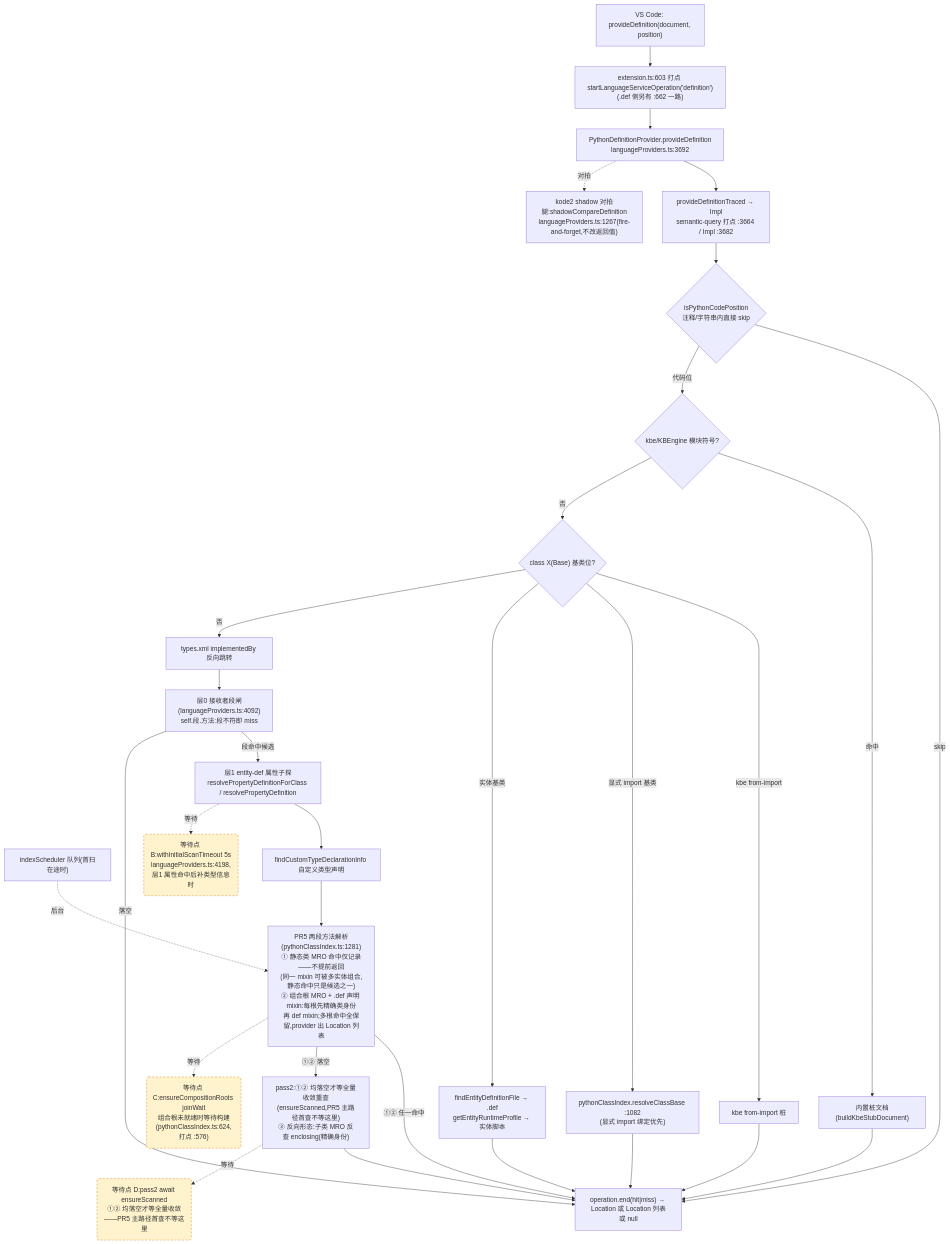
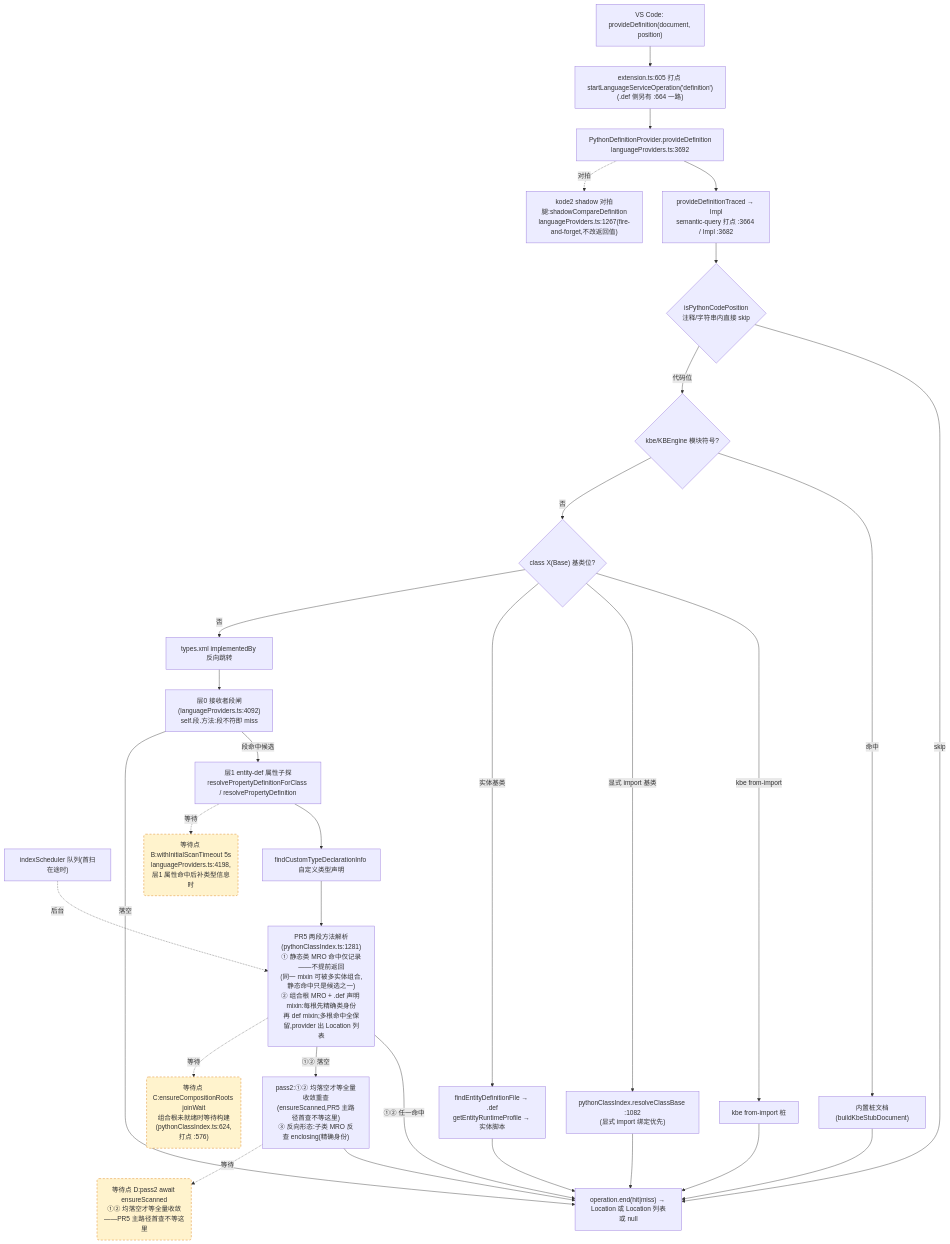
One commit to cuihairu/kode changed the second of 4 diagrams in docs/perf/2026-baseline.md. Above: the diagram before and after it, drawn with Mermaid. The commit also changed other lines of this file and 6 other files, not shown here.

````diff
--- a/docs/perf/2026-baseline.md
+++ b/docs/perf/2026-baseline.md
@@ -130,51 +130,51 @@
 ```mermaid
 flowchart TD
   VC2["VS Code: provideDefinition(document, position)"]
-  M2["extension.ts:603 打点 startLanguageServiceOperation('definition')<br/>(.def 侧另有 :662 一路)"]
+  M2["extension.ts:605 打点 startLanguageServiceOperation('definition')<br/>(.def 侧另有 :664 一路)"]
   AD2["PythonDefinitionProvider.provideDefinition<br/>languageProviders.ts:3692"]
   TR["provideDefinitionTraced → Impl<br/>semantic-query 打点 :3664 / Impl :3682"]
   CTX{"isPythonCodePosition<br/>注释/字符串内直接 skip"}
   KBE{"kbe/KBEngine 模块符号?"}
   STUB["内置桩文档(buildKbeStubDocument)"]
   CB{"class X(Base) 基类位?"}
   CB1["kbe from-import 桩"]
   CB2["pythonClassIndex.resolveClassBase :1082<br/>(显式 import 绑定优先)"]
   CB3["findEntityDefinitionFile → .def<br/>getEntityRuntimeProfile → 实体脚本"]
   REV["types.xml implementedBy 反向跳转"]
   L0["层0 接收者段闸(languageProviders.ts:4092)<br/>self.段.方法:段不符即 miss"]
   L1["层1 entity-def 属性子探<br/>resolvePropertyDefinitionForClass / resolvePropertyDefinition"]
   SCAN["indexScheduler 队列(首扫在途时)"]
   TY["findCustomTypeDeclarationInfo 自定义类型声明"]
   MRO["PR5 两段方法解析(pythonClassIndex.ts:1281)<br/>① 静态类 MRO 命中仅记录——不提前返回<br/>(同一 mixin 可被多实体组合,静态命中只是候选之一)<br/>② 组合根 MRO + .def 声明 mixin:每根先精确类身份<br/>再 def mixin;多根命中全保留,provider 出 Location 列表"]
   PASS2["pass2:①② 均落空才等全量收敛重查<br/>(ensureScanned,PR5 主路径首查不等这里)<br/>③ 反向形态:子类 MRO 反查 enclosing(精确身份)"]
   SHD["kode2 shadow 对拍腿:shadowCompareDefinition<br/>languageProviders.ts:1267(fire-and-forget,不改返回值)"]
   END2["operation.end(hit|miss) → Location 或 Location 列表或 null"]
 
   VC2 --> M2 --> AD2 --> TR --> CTX
   CTX -- "skip" --> END2
   CTX -- "代码位" --> KBE
   KBE -- "命中" --> STUB --> END2
   KBE -- "否" --> CB
   CB -- "kbe from-import" --> CB1 --> END2
   CB -- "显式 import 基类" --> CB2 --> END2
   CB -- "实体基类" --> CB3 --> END2
   CB -- "否" --> REV --> L0
   L0 -- "段命中候选" --> L1
   L0 -- "落空" --> END2
   L1 --> TY
   TY --> MRO
   MRO -- "①② 任一命中" --> END2
   MRO -- "①② 落空" --> PASS2 --> END2
   AD2 -.->|对拍| SHD
 
   WAITB("等待点 B:withInitialScanTimeout 5s<br/>languageProviders.ts:4198,层1 属性命中后补类型信息时")
   WAITC("等待点 C:ensureCompositionRoots joinWait<br/>组合根未就绪时等待构建(pythonClassIndex.ts:624,打点 :576)")
   WAITD("等待点 D:pass2 await ensureScanned<br/>①② 均落空才等全量收敛——PR5 主路径首查不等这里")
   L1 -.->|等待| WAITB
   MRO -.->|等待| WAITC
   PASS2 -.->|等待| WAITD
   SCAN -.->|后台| MRO
 
   classDef waitPoint fill:#fff3cd,stroke:#d97706,stroke-dasharray:5 4;
   class WAITB,WAITC,WAITD waitPoint;
 ```
````
